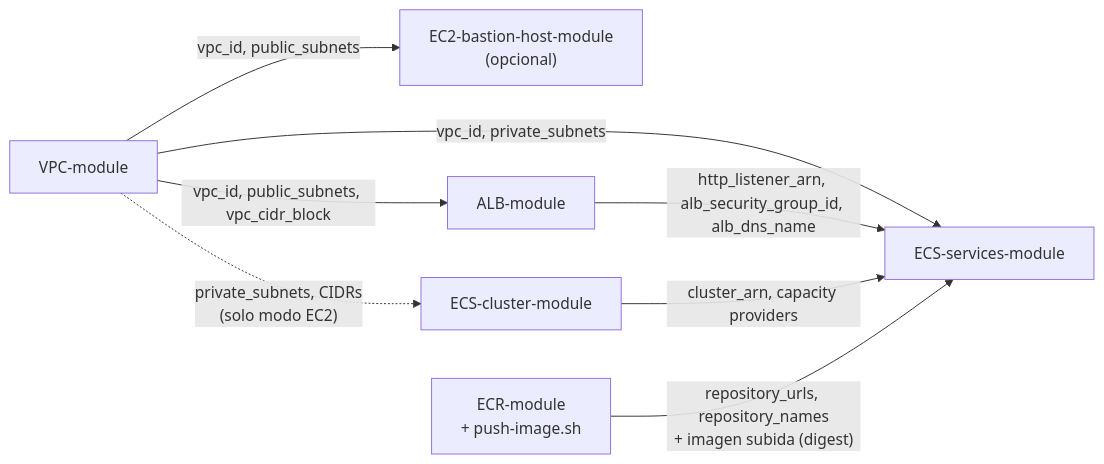
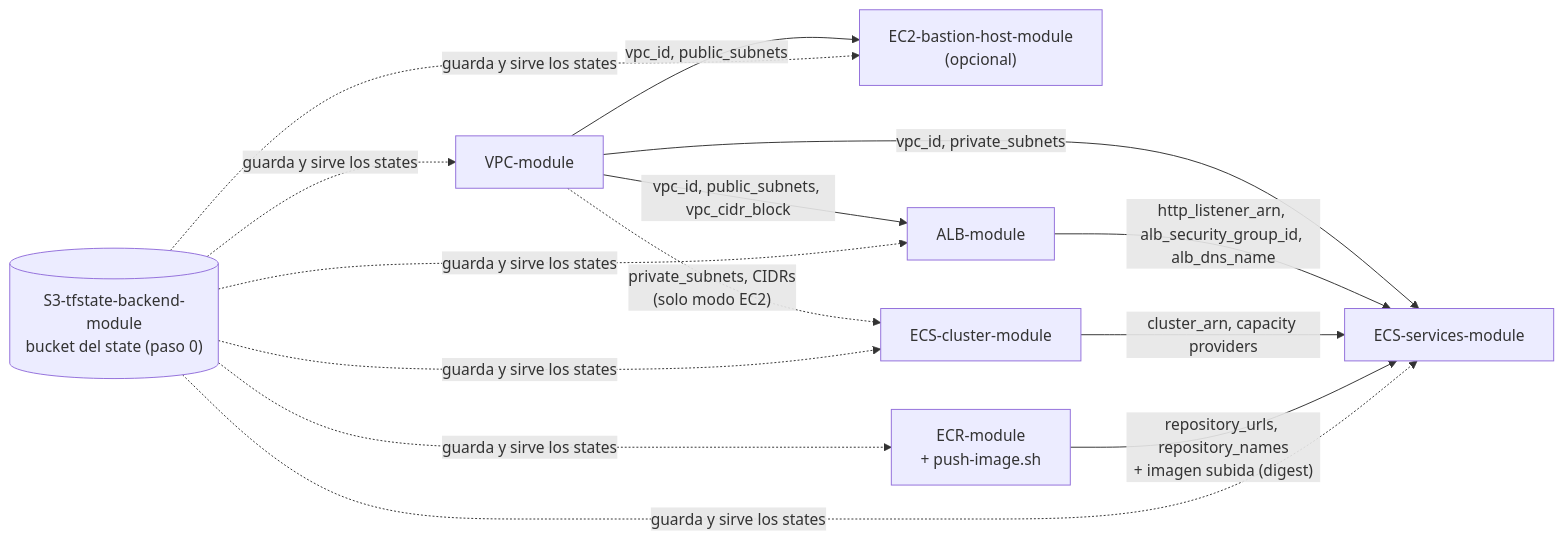
Before and after one commit to adrianjsosag/Sr-Labs: the second of 5 diagrams in Serverless/ECS-Fargate/Terraform/README.md, drawn with Mermaid. The commit also changed other lines of this file and 35 other files, not shown here.

Commit message:
add S3-tfstate-backend-module

````diff
--- a/Serverless/ECS-Fargate/Terraform/README.md
+++ b/Serverless/ECS-Fargate/Terraform/README.md
@@ -175,17 +190,19 @@
 ```mermaid
 flowchart LR
+    s3[("S3-tfstate-backend-module<br/>bucket del state (paso 0)")]
     vpc["VPC-module"]
     bastion["EC2-bastion-host-module<br/>(opcional)"]
     alb["ALB-module"]
     cluster["ECS-cluster-module"]
     ecr["ECR-module<br/>+ push-image.sh"]
     svc["ECS-services-module"]
 
     vpc -- "vpc_id, public_subnets" --> bastion
     vpc -- "vpc_id, public_subnets, vpc_cidr_block" --> alb
     vpc -. "private_subnets, CIDRs<br/>(solo modo EC2)" .-> cluster
     vpc -- "vpc_id, private_subnets" --> svc
     alb -- "http_listener_arn, alb_security_group_id, alb_dns_name" --> svc
     cluster -- "cluster_arn, capacity providers" --> svc
     ecr -- "repository_urls, repository_names<br/>+ imagen subida (digest)" --> svc
+    s3 -. "guarda y sirve los states" .-> vpc & alb & cluster & ecr & svc & bastion
 ```
````
